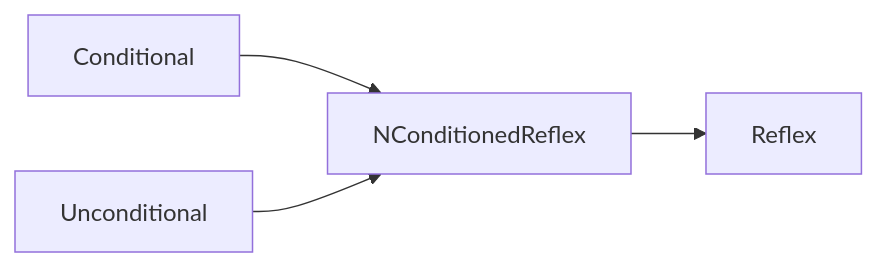
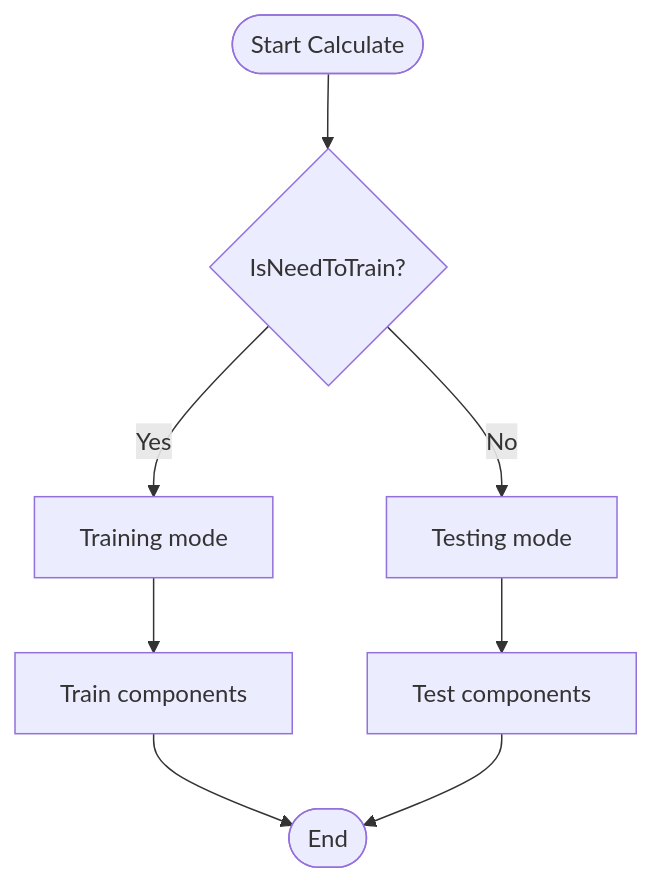
Before and after one commit to aicommunity/Nmsdk-PulseLib: the ninth of 10 diagrams in Docs/Components/NConditionedReflex.md, drawn with Mermaid. The commit also changed other lines of this file and 196 other files, not shown here.

````diff
--- a/Docs/Components/NConditionedReflex.md
+++ b/Docs/Components/NConditionedReflex.md
@@ -79,6 +381,10 @@
 ```mermaid
-flowchart LR
-    cs[Conditional] --> r[NConditionedReflex]
-    us[Unconditional] --> r
-    r --> resp[Reflex]
+flowchart TD
+    Start([Start Calculate]) --> CheckTrainMode{IsNeedToTrain?}
+    CheckTrainMode -->|Yes| TrainingMode[Training mode]
+    CheckTrainMode -->|No| TestingMode[Testing mode]
+    TrainingMode --> TrainComponents[Train components]
+    TestingMode --> TestComponents[Test components]
+    TrainComponents --> End([End])
+    TestComponents --> End
 ```
````
